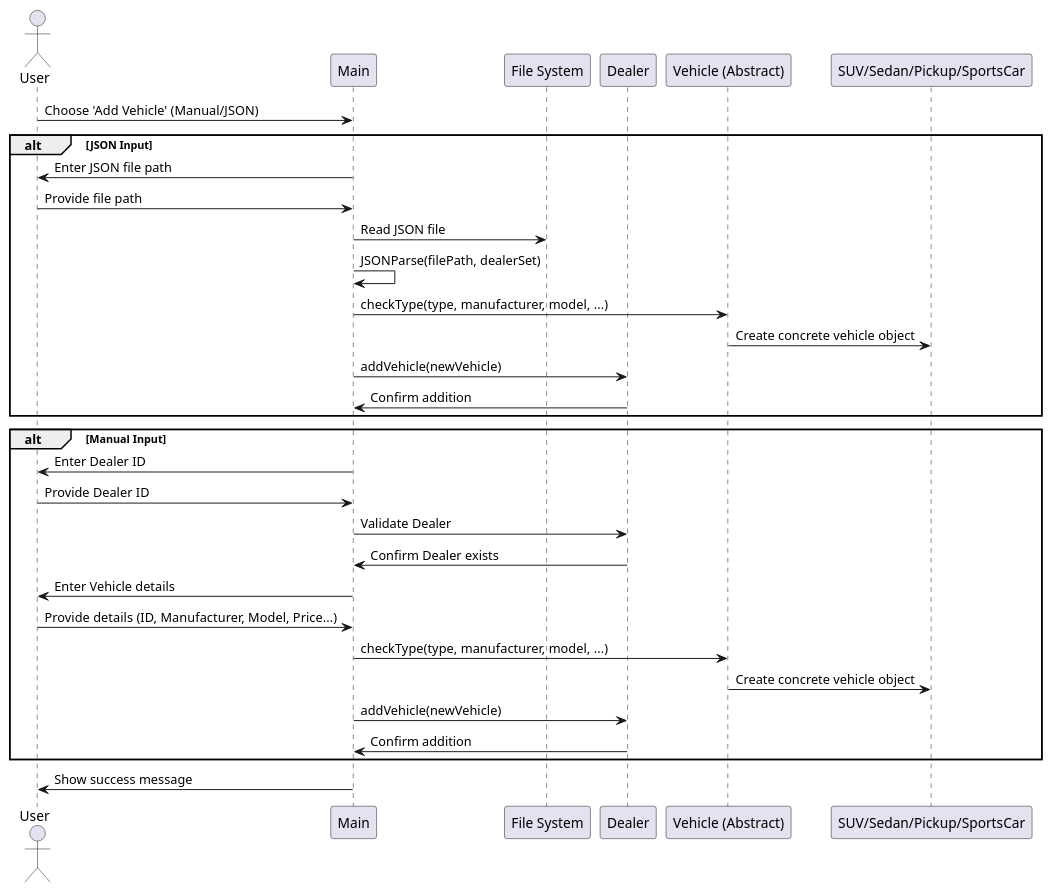
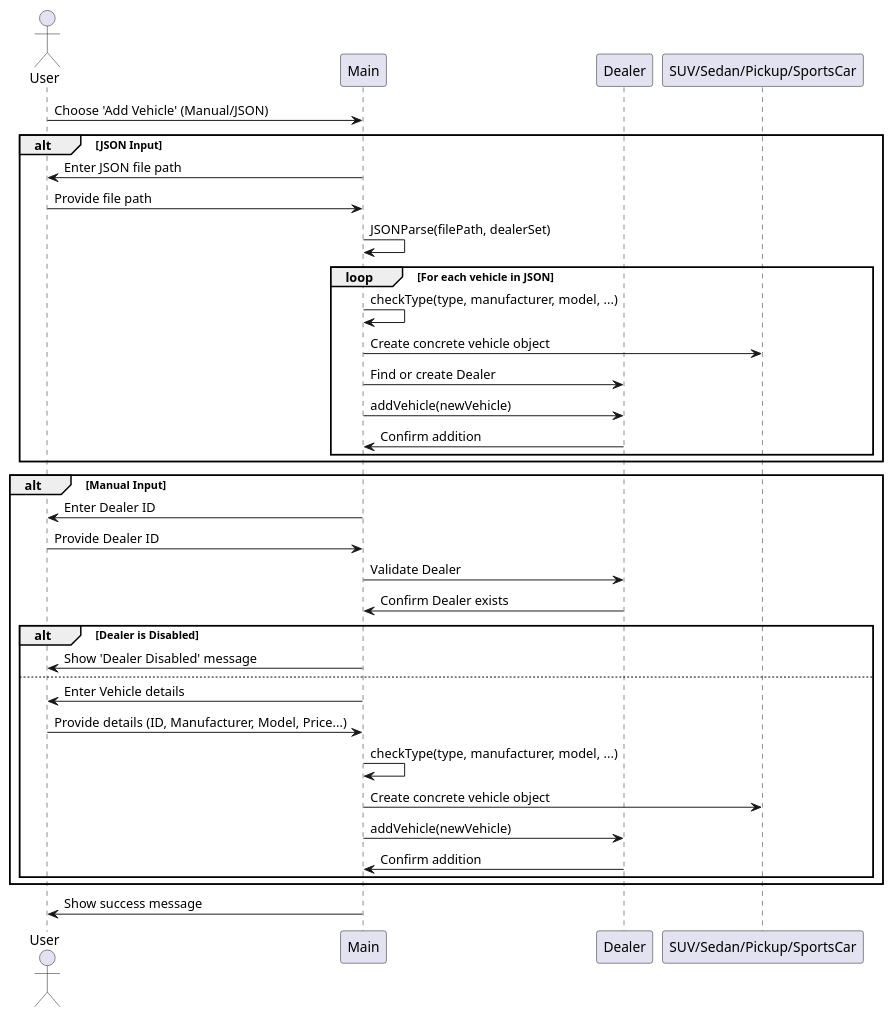
One commit to maida209/ICS-372-Group-Project changed the diagram in ICS-372-Assignment-1/src/main/java/org/example/Sequence Diagram.puml. Above: the diagram before and after it, drawn with PlantUML.

Commit message:
update Sequence Diagram picture

```diff
--- a/ICS-372-Assignment-1/src/main/java/org/example/Sequence Diagram.puml
+++ b/ICS-372-Assignment-1/src/main/java/org/example/Sequence Diagram.puml
@@ -1,38 +1,43 @@
 @startuml
 
 actor User
 participant Main
-participant "File System" as File
 participant Dealer
-participant "Vehicle (Abstract)" as Vehicle
+
 participant "SUV/Sedan/Pickup/SportsCar" as Car
 
 User -> Main: Choose 'Add Vehicle' (Manual/JSON)
 
 alt JSON Input
     Main -> User: Enter JSON file path
     User -> Main: Provide file path
-    Main -> File: Read JSON file
     Main -> Main: JSONParse(filePath, dealerSet)
-    Main -> Vehicle: checkType(type, manufacturer, model, ...)
-    Vehicle -> Car: Create concrete vehicle object
-    Main -> Dealer: addVehicle(newVehicle)
-    Dealer -> Main: Confirm addition
+    loop For each vehicle in JSON
+        Main -> Main: checkType(type, manufacturer, model, ...)
+        Main -> Car: Create concrete vehicle object
+        Main -> Dealer: Find or create Dealer
+        Main -> Dealer: addVehicle(newVehicle)
+        Dealer -> Main: Confirm addition
+    end
 end
 
 alt Manual Input
     Main -> User: Enter Dealer ID
     User -> Main: Provide Dealer ID
     Main -> Dealer: Validate Dealer
     Dealer -> Main: Confirm Dealer exists
-    Main -> User: Enter Vehicle details
-    User -> Main: Provide details (ID, Manufacturer, Model, Price...)
-    Main -> Vehicle: checkType(type, manufacturer, model, ...)
-    Vehicle -> Car: Create concrete vehicle object
-    Main -> Dealer: addVehicle(newVehicle)
-    Dealer -> Main: Confirm addition
+    alt Dealer is Disabled
+        Main -> User: Show 'Dealer Disabled' message
+    else
+        Main -> User: Enter Vehicle details
+        User -> Main: Provide details (ID, Manufacturer, Model, Price...)
+        Main -> Main: checkType(type, manufacturer, model, ...)
+        Main -> Car: Create concrete vehicle object
+        Main -> Dealer: addVehicle(newVehicle)
+        Dealer -> Main: Confirm addition
+    end
 end
 
 Main -> User: Show success message
 
 @enduml
```
